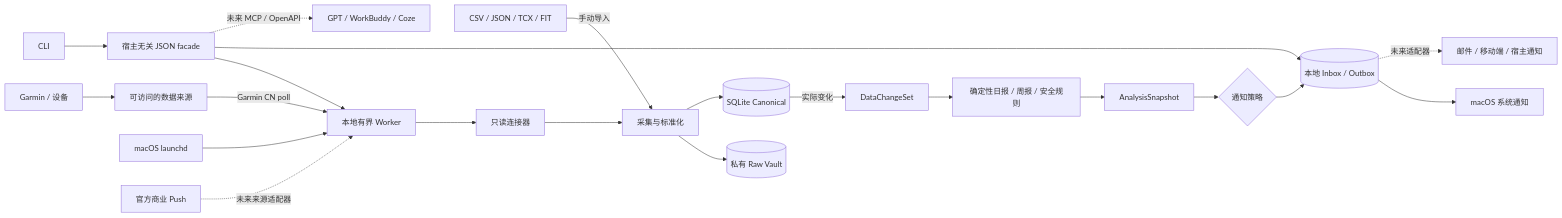
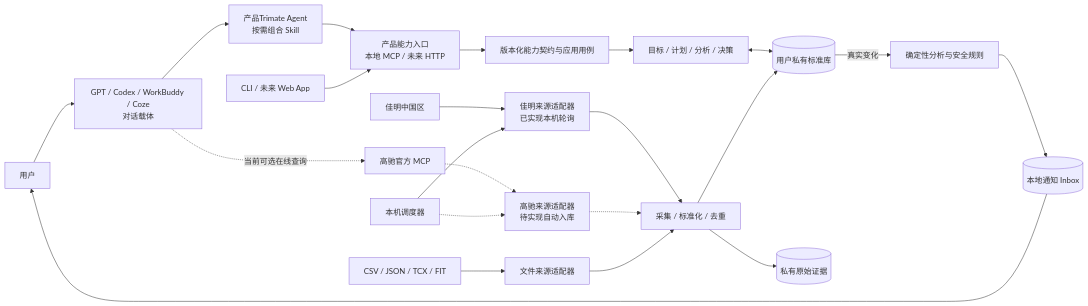
The diagram in docs/architecture.md (haoqizhu1998/Trimate-Engine), drawn with Mermaid before and after one commit. The commit also changed other lines of this file and 252 other files, not shown here.

Commit message:
chore: prepare Trimate for personal open source

````diff
--- a/docs/architecture.md
+++ b/docs/architecture.md
@@ -13,23 +19,25 @@
 ```mermaid
 flowchart LR
-    Device[Garmin / 设备] --> Source[可访问的数据来源]
-    Source -->|Garmin CN poll| Worker[本地有界 Worker]
-    Files[CSV / JSON / TCX / FIT] -->|手动导入| Ingest[采集与标准化]
-    Worker --> Connector[只读连接器]
-    Connector --> Ingest
-    Ingest --> Raw[(私有 Raw Vault)]
-    Ingest --> Canonical[(SQLite Canonical)]
-    Canonical -->|实际变化| Changes[DataChangeSet]
-    Changes --> Analysis[确定性日报 / 周报 / 安全规则]
-    Analysis --> Snapshot[AnalysisSnapshot]
-    Snapshot --> Policy{通知策略}
-    Policy --> Inbox[(本地 Inbox / Outbox)]
-    Inbox --> Mac[macOS 系统通知]
-    CLI[CLI] --> Facade[宿主无关 JSON facade]
-    Facade --> Worker
-    Facade --> Inbox
-    Launchd[macOS launchd] --> Worker
-    Facade -. 未来 MCP / OpenAPI .-> Hosts[GPT / WorkBuddy / Coze]
-    Inbox -. 未来适配器 .-> FutureDelivery[邮件 / 移动端 / 宿主通知]
-    Push[官方商业 Push] -. 未来来源适配器 .-> Worker
+    User[用户] --> Hosts[GPT / Codex / WorkBuddy / Coze<br/>对话载体]
+    Hosts --> Agent[产品Trimate Agent<br/>按需组合 Skill]
+    Agent --> Interface[产品能力入口<br/>本地 MCP / 未来 HTTP]
+    CLI[CLI / 未来 Web App] --> Interface
+    Interface --> Facade[版本化能力契约与应用用例]
+    Facade --> Planning[目标 / 计划 / 分析 / 决策]
+    Planning <--> Canonical[(用户私有标准库)]
+
+    Garmin[佳明中国区] --> GarminAdapter[佳明来源适配器<br/>已实现本机轮询]
+    Coros[高驰官方 MCP] -.-> CorosAdapter[高驰来源适配器<br/>待实现自动入库]
+    Files[CSV / JSON / TCX / FIT] --> FileAdapter[文件来源适配器]
+    GarminAdapter --> Ingest[采集 / 标准化 / 去重]
+    CorosAdapter -.-> Ingest
+    FileAdapter --> Ingest
+    Worker[本机调度器] --> GarminAdapter
+    Worker -.-> CorosAdapter
+    Ingest --> Raw[(私有原始证据)]
+    Ingest --> Canonical
+    Canonical -->|真实变化| Analysis[确定性分析与安全规则]
+    Analysis --> Inbox[(本地通知 Inbox)]
+    Inbox --> User
+    Hosts -. 当前可选在线查询 .-> Coros
 ```
````
